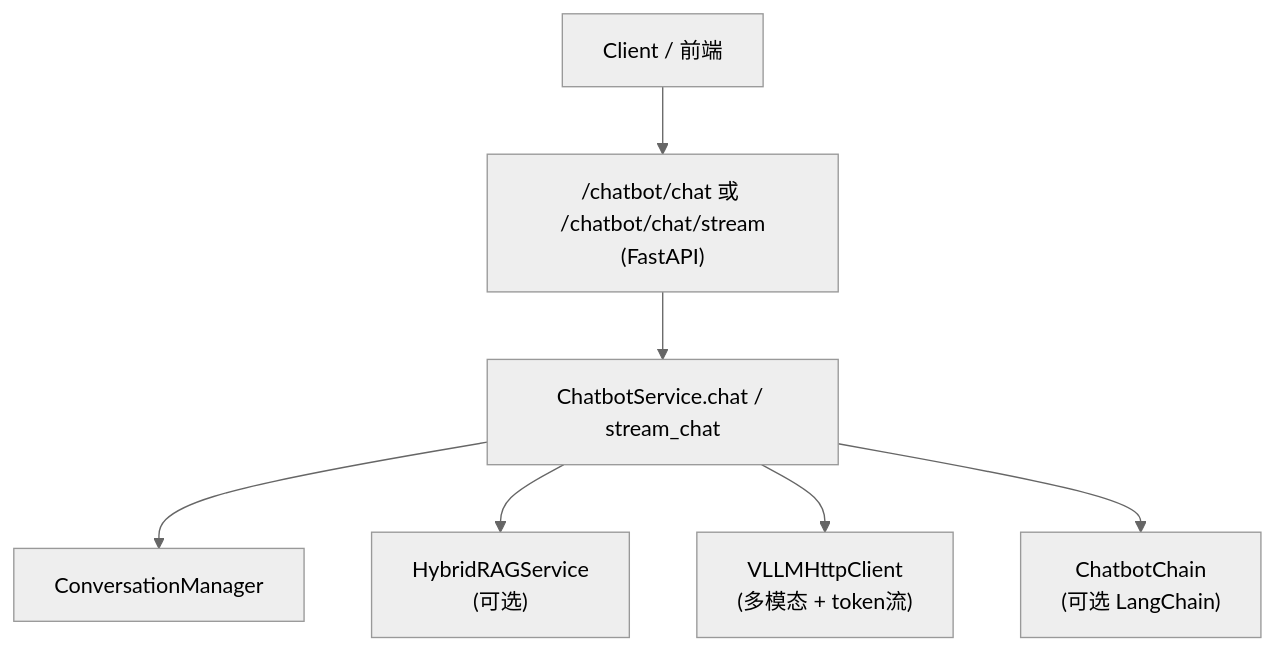
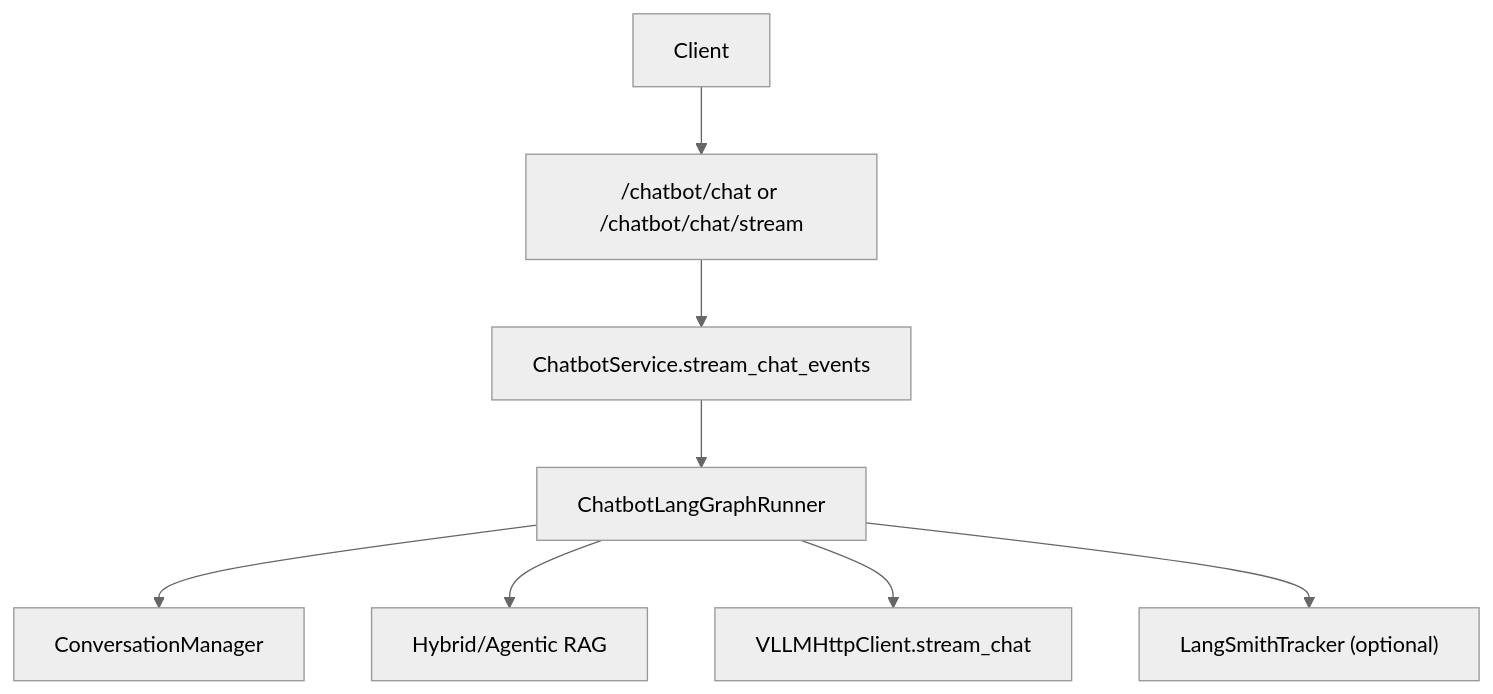
Before and after one commit to gaocf888/models_app_framework: the diagram in framework-guide/智能客服整体实现技术说明.md, drawn with Mermaid (neutral theme). The commit also changed other lines of this file and 27 other files, not shown here.

````diff
--- a/framework-guide/智能客服整体实现技术说明.md
+++ b/framework-guide/智能客服整体实现技术说明.md
@@ -129,9 +91,10 @@
 ```mermaid
 flowchart TB
-    Client["Client / 前端"] --> API["/chatbot/chat 或 /chatbot/chat/stream<br/>(FastAPI)"]
-    API --> Svc["ChatbotService.chat / stream_chat"]
-    Svc --> Conv["ConversationManager"]
-    Svc --> RAG["HybridRAGService<br/>(可选)"]
-    Svc --> LLM["VLLMHttpClient<br/>(多模态 + token流)"]
-    Svc --> Chain["ChatbotChain<br/>(可选 LangChain)"]
+    Client["Client"] --> API["/chatbot/chat or /chatbot/chat/stream"]
+    API --> Svc["ChatbotService.stream_chat_events"]
+    Svc --> Graph["ChatbotLangGraphRunner"]
+    Graph --> Conv["ConversationManager"]
+    Graph --> RAG["Hybrid/Agentic RAG"]
+    Graph --> LLM["VLLMHttpClient.stream_chat"]
+    Graph --> Obs["LangSmithTracker (optional)"]
 ```
````
